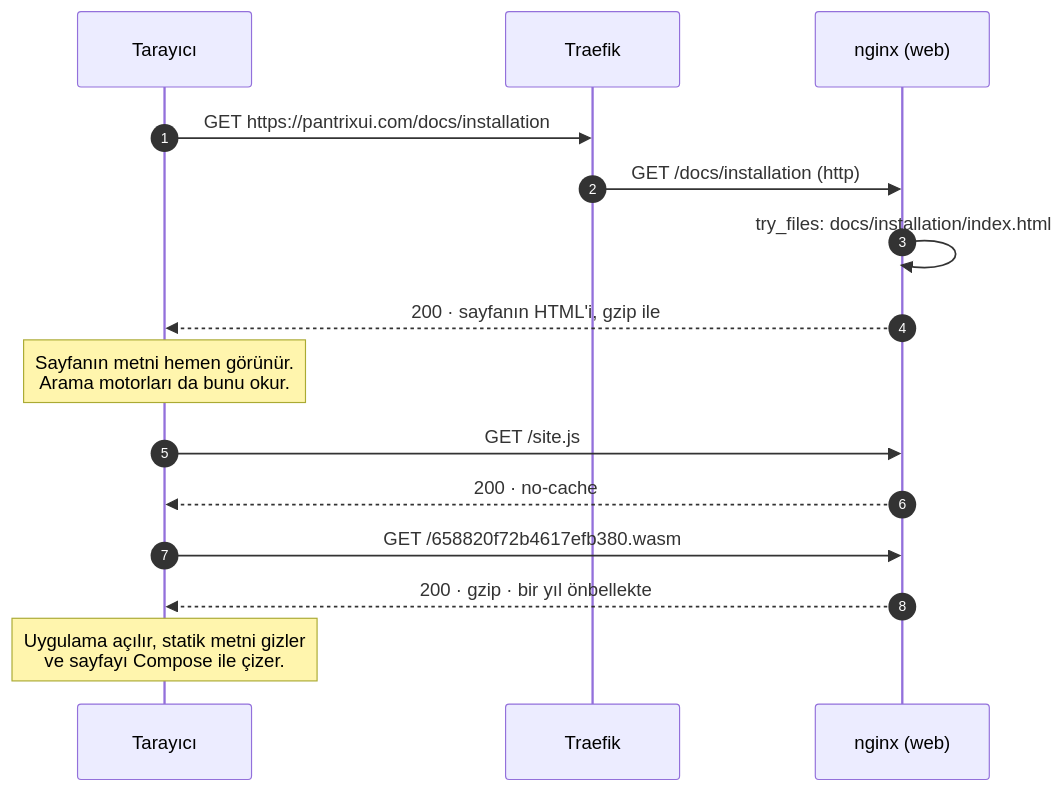
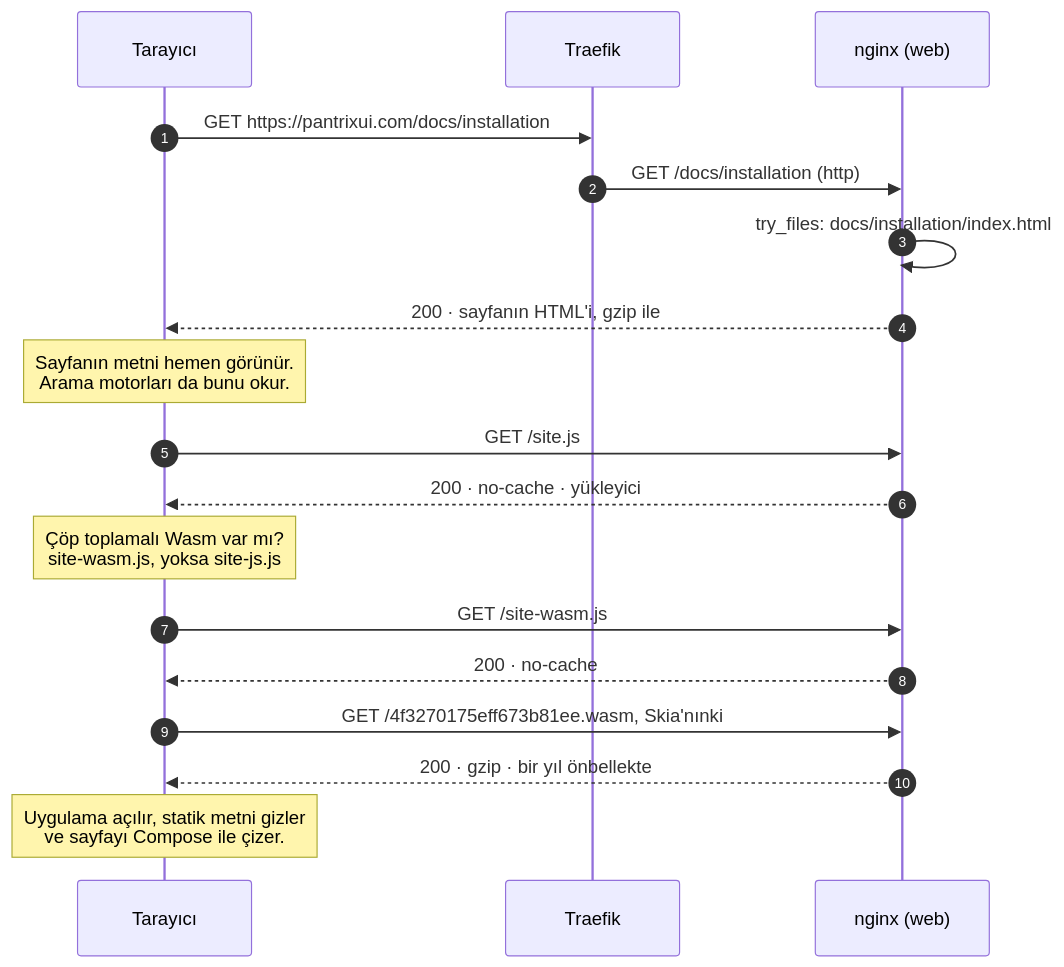
Before and after one commit to develappsancho/pantrix-ui-site: the second of 10 diagrams in docs/deploy/ARCHITECTURE_GUIDE.md, drawn with Mermaid. The commit also changed other lines of this file and 28 other files, not shown here.

Commit message:
[FIX][Give a browser that cannot run the site's Wasm build the app built as JavaScript, Start the build from a loader that falls back on a Wasm failure and Check both builds in check.sh]

````diff
--- a/docs/deploy/ARCHITECTURE_GUIDE.md
+++ b/docs/deploy/ARCHITECTURE_GUIDE.md
@@ -61,17 +61,20 @@
 ```mermaid
 sequenceDiagram
     autonumber
     participant B as Tarayıcı
     participant T as Traefik
     participant N as nginx (web)
     B->>T: GET https://pantrixui.com/docs/installation
     T->>N: GET /docs/installation (http)
     N->>N: try_files: docs/installation/index.html
     N-->>B: 200 · sayfanın HTML'i, gzip ile
     Note over B: Sayfanın metni hemen görünür.<br/>Arama motorları da bunu okur.
     B->>N: GET /site.js
+    N-->>B: 200 · no-cache · yükleyici
+    Note over B: Çöp toplamalı Wasm var mı?<br/>site-wasm.js, yoksa site-js.js
+    B->>N: GET /site-wasm.js
     N-->>B: 200 · no-cache
-    B->>N: GET /658820f72b4617efb380.wasm
+    B->>N: GET /4f3270175eff673b81ee.wasm, Skia'nınki
     N-->>B: 200 · gzip · bir yıl önbellekte
     Note over B: Uygulama açılır, statik metni gizler<br/>ve sayfayı Compose ile çizer.
 ```
````
